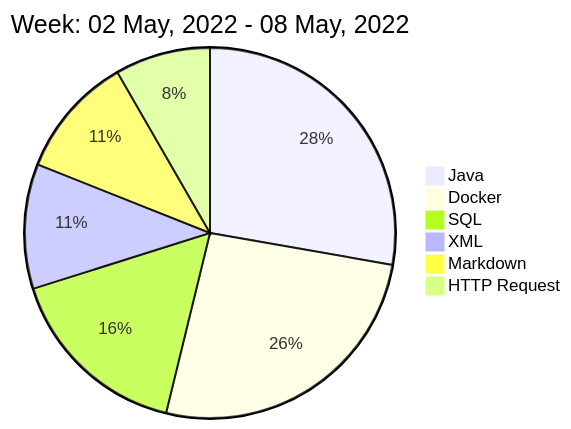
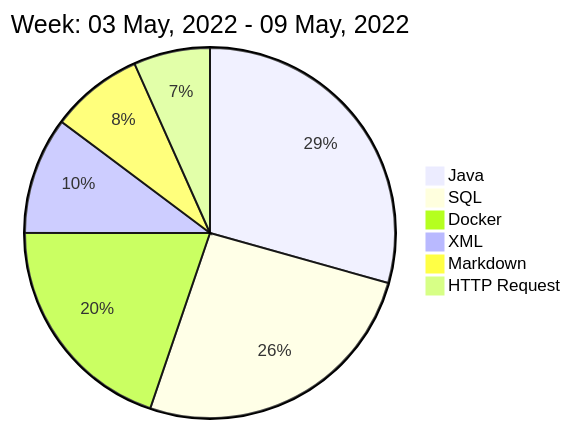
One commit to liubin95/liubin95 changed the diagram in README.md. Above: the diagram before and after it, drawn with Mermaid.

Commit message:
Updated the Graph with new Metrics

````diff
--- a/README.md
+++ b/README.md
@@ -40,10 +40,10 @@
 ```mermaid
  pie
-title Week: 02 May, 2022 - 08 May, 2022
- "Java" : 3.57
+title Week: 03 May, 2022 - 09 May, 2022
+ "Java" : 4.97
+ "SQL" : 4.38
  "Docker" : 3.35
- "SQL" : 2.1
- "XML" : 1.4
+ "XML" : 1.73
  "Markdown" : 1.37
- "HTTP Request" : 1.07
+ "HTTP Request" : 1.13
 ```
````
